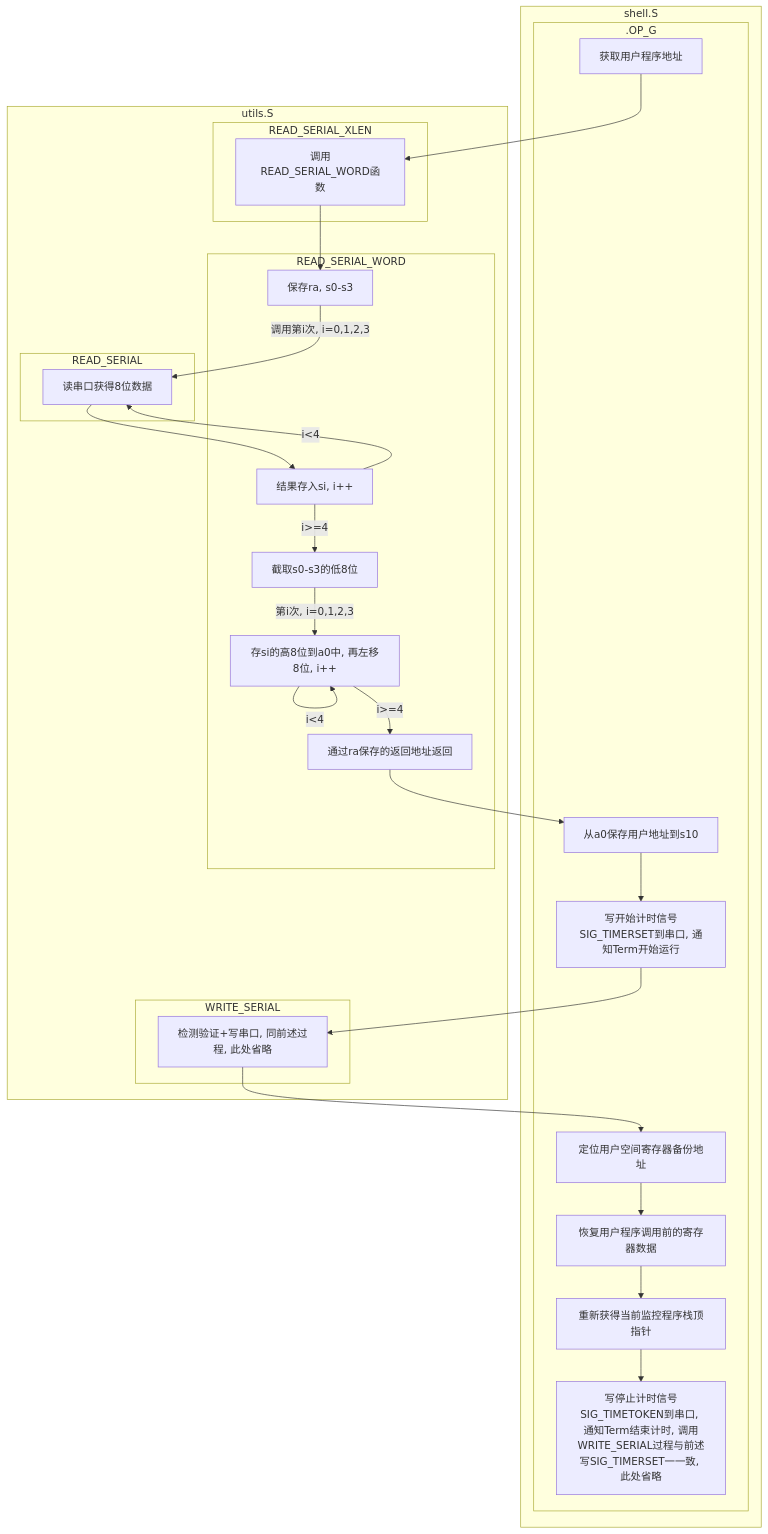
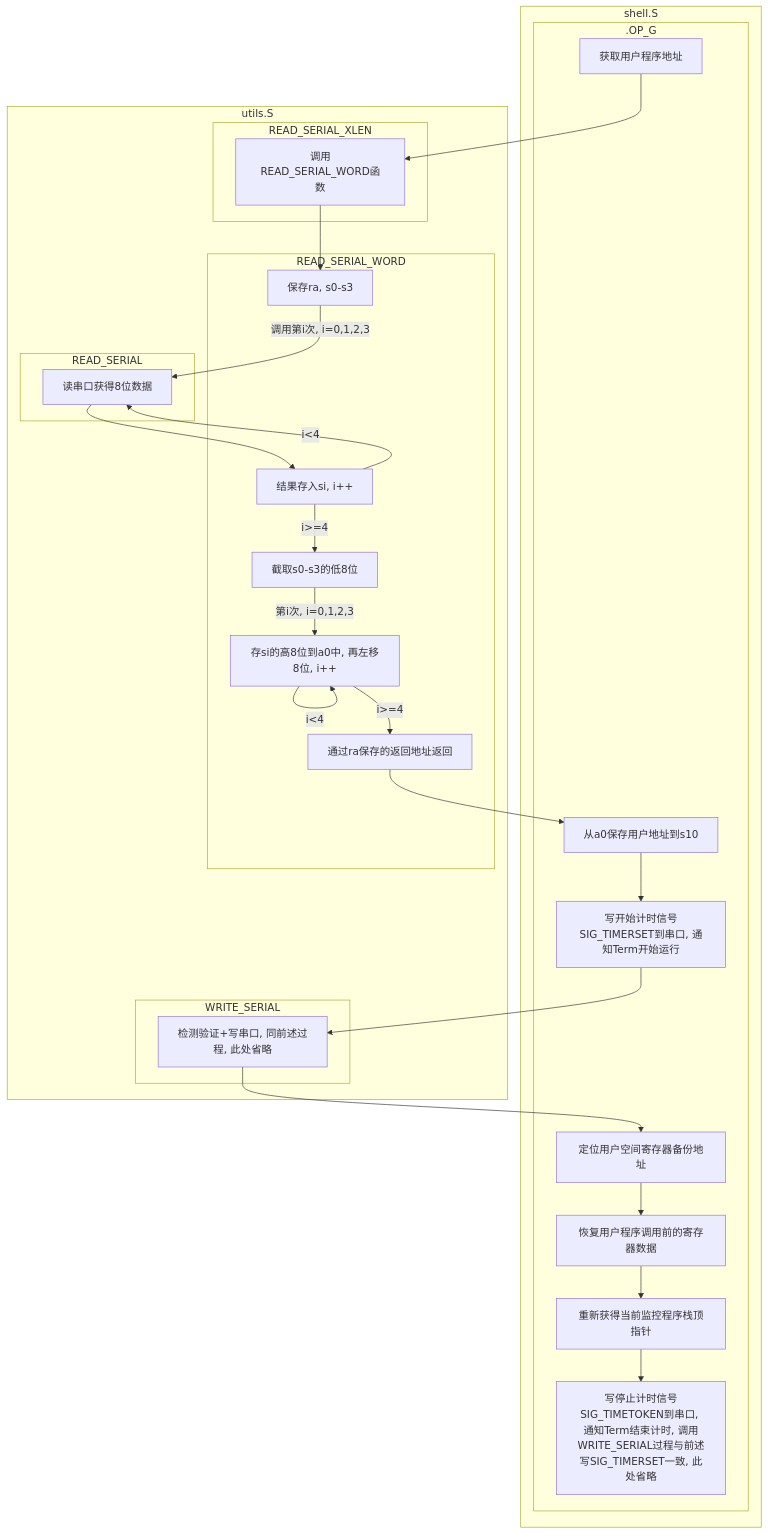
The second of 3 diagrams in _posts/2022-09-17-riscv-homework.md (hanna0911/hanna0911.github.io), drawn with Mermaid before and after one commit.

````diff
--- a/_posts/2022-09-17-riscv-homework.md
+++ b/_posts/2022-09-17-riscv-homework.md
@@ -362,52 +362,52 @@
 ```mermaid
 graph TD
 		subgraph shell.S
 				subgraph .OP_G
 						OP_G1[获取用户程序地址]
 						OP_G2[从a0保存用户地址到s10]
 						OP_G2 --> OP_G3[写开始计时信号SIG_TIMERSET到串口, 通知Term开始运行]
 						OP_G4[定位用户空间寄存器备份地址] --> OP_G5[恢复用户程序调用前的寄存器数据]
 						OP_G5 --> OP_G6[重新获得当前监控程序栈顶指针]
-						OP_G6 --> OP_G7[写停止计时信号SIG_TIMETOKEN到串口, 通知Term结束计时, 调用WRITE_SERIAL过程与前述写SIG_TIMERSET一一致, 此处省略]
+						OP_G6 --> OP_G7[写停止计时信号SIG_TIMETOKEN到串口, 通知Term结束计时, 调用WRITE_SERIAL过程与前述写SIG_TIMERSET一致, 此处省略]
 				end
 		end
 		
 		OP_G1 --> READ1
 		OP_G3 --> WRITE
 		
 		subgraph utils.S
 				subgraph READ_SERIAL_XLEN
 						READ1[调用READ_SERIAL_WORD函数]
 				end
 				
 				READ1 --> READ2
 				
 				subgraph READ_SERIAL_WORD
 						READ2[保存ra, s0-s3]
 						READ4[结果存入si, i++]
 						READ5[截取s0-s3的低8位] -->|第i次, i=0,1,2,3|READ6[存si的高8位到a0中, 再左移8位, i++]
 						READ6 -->|i<4|READ6
 						READ6 -->|i>=4|READ7[通过ra保存的返回地址返回]
 				end
 				
 				READ2 -->|调用第i次, i=0,1,2,3|READ3
 				
 				subgraph READ_SERIAL
 						READ3[读串口获得8位数据]
 				end
 				
 				READ3 --> READ4
 				READ4 -->|i<4|READ3
 				READ4 -->|i>=4|READ5
 				READ7 --> OP_G2
 				
 				subgraph WRITE_SERIAL
 						WRITE[检测验证+写串口, 同前述过程, 此处省略]
 				end
 				
 				WRITE --> OP_G4
 				
 		end
 		
 		
 ```
````
